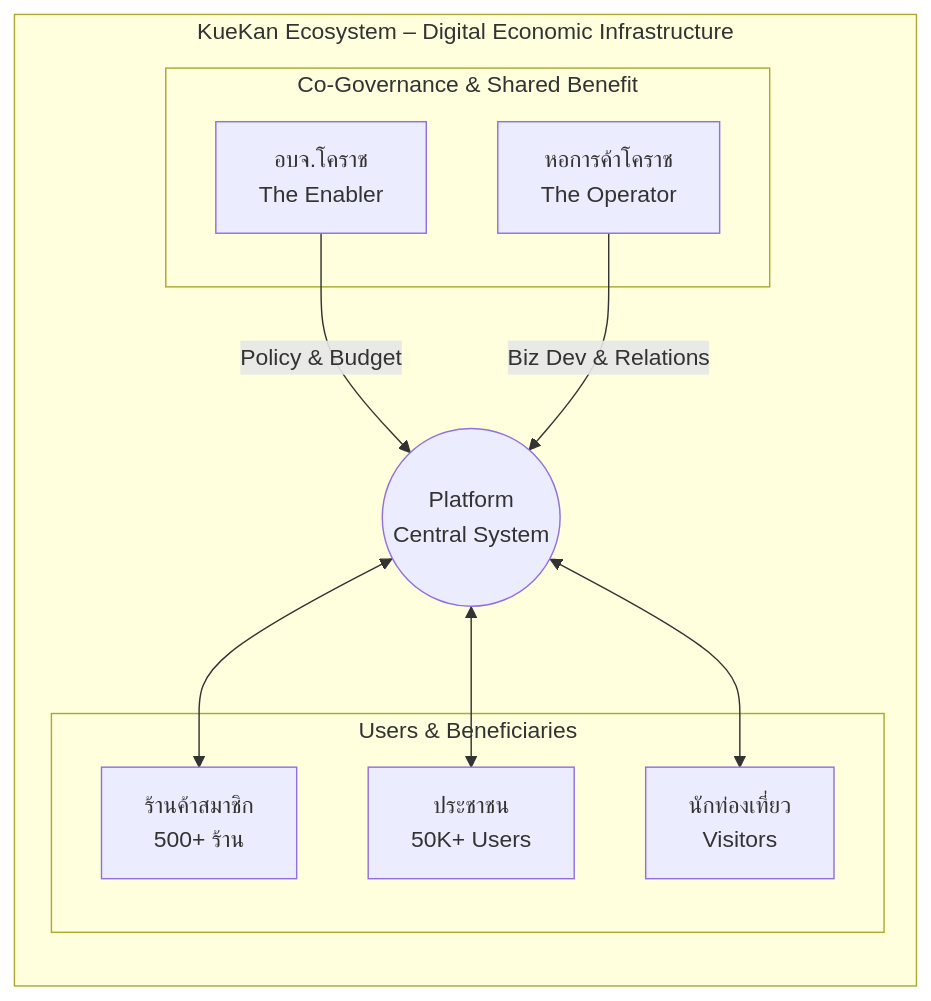
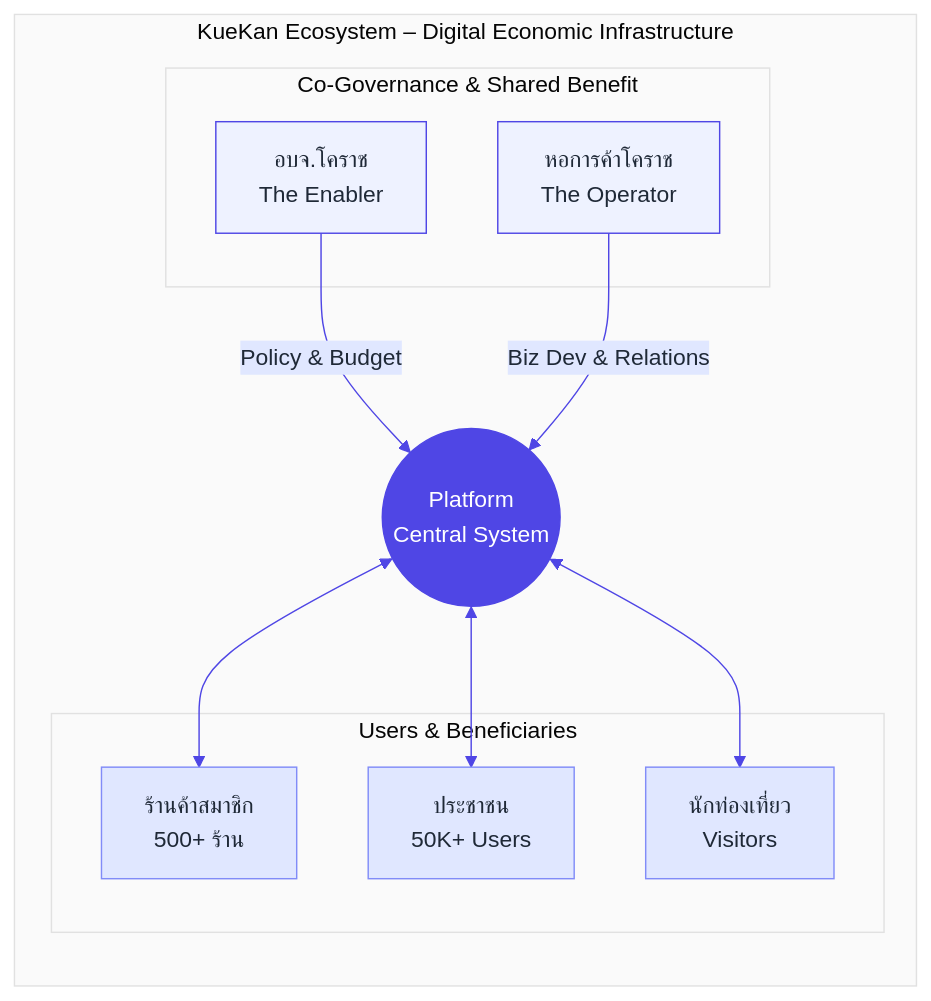
Before and after one commit to tlejay/Kuekan: the first of 5 diagrams in 01 Proposals/Proposal_KueKan_PAO_NCC_McKinsey-Shorten.md, drawn with Mermaid. The commit also changed other lines of this file and 1 other file, not shown here.

````diff
--- a/01 Proposals/Proposal_KueKan_PAO_NCC_McKinsey-Shorten.md
+++ b/01 Proposals/Proposal_KueKan_PAO_NCC_McKinsey-Shorten.md
@@ -150,26 +150,34 @@
 ```mermaid
+%%{init: {'theme': 'base', 'themeVariables': { 'primaryColor': '#EEF2FF', 'primaryTextColor': '#1F2937', 'primaryBorderColor': '#4F46E5', 'lineColor': '#4F46E5', 'secondaryColor': '#E0E7FF', 'tertiaryColor': '#FAFAFA', 'fontFamily': 'IBM Plex Sans Thai, Inter, sans-serif'}}}%%
 graph TD
 
     subgraph Ecosystem [KueKan Ecosystem – Digital Economic Infrastructure]
         direction TB
 
         subgraph Governance [Co-Governance & Shared Benefit]
             PAO[อบจ.โคราช<br/>The Enabler]
             NCC[หอการค้าโคราช<br/>The Operator]
         end
 
         Platform((Platform<br/>Central System))
 
         subgraph Users [Users & Beneficiaries]
             Member[ร้านค้าสมาชิก<br/>500+ ร้าน]
             Citizen[ประชาชน<br/>50K+ Users]
             Tourist[นักท่องเที่ยว<br/>Visitors]
         end
 
         PAO -->|Policy & Budget| Platform
         NCC -->|Biz Dev & Relations| Platform
         Platform <--> Member
         Platform <--> Citizen
         Platform <--> Tourist
     end
+
+    style Platform fill:#4F46E5,stroke:#4F46E5,color:#fff
+    style PAO fill:#EEF2FF,stroke:#4F46E5
+    style NCC fill:#EEF2FF,stroke:#4F46E5
+    style Member fill:#E0E7FF,stroke:#818CF8
+    style Citizen fill:#E0E7FF,stroke:#818CF8
+    style Tourist fill:#E0E7FF,stroke:#818CF8
 ```
````
